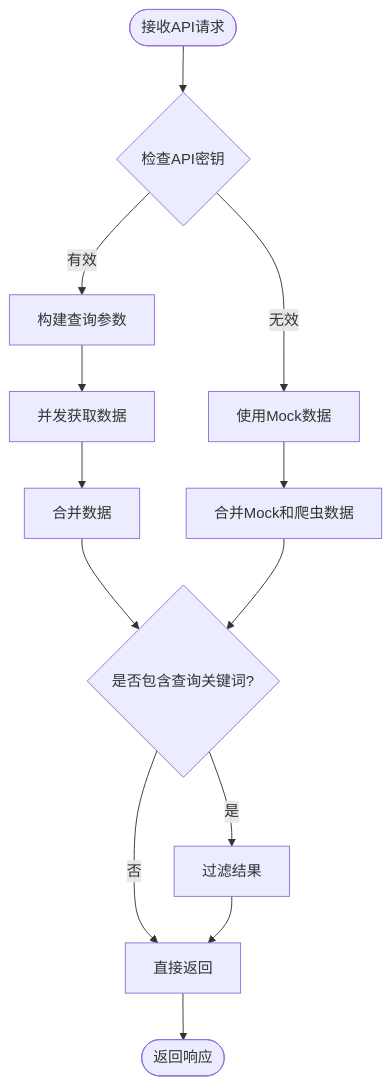
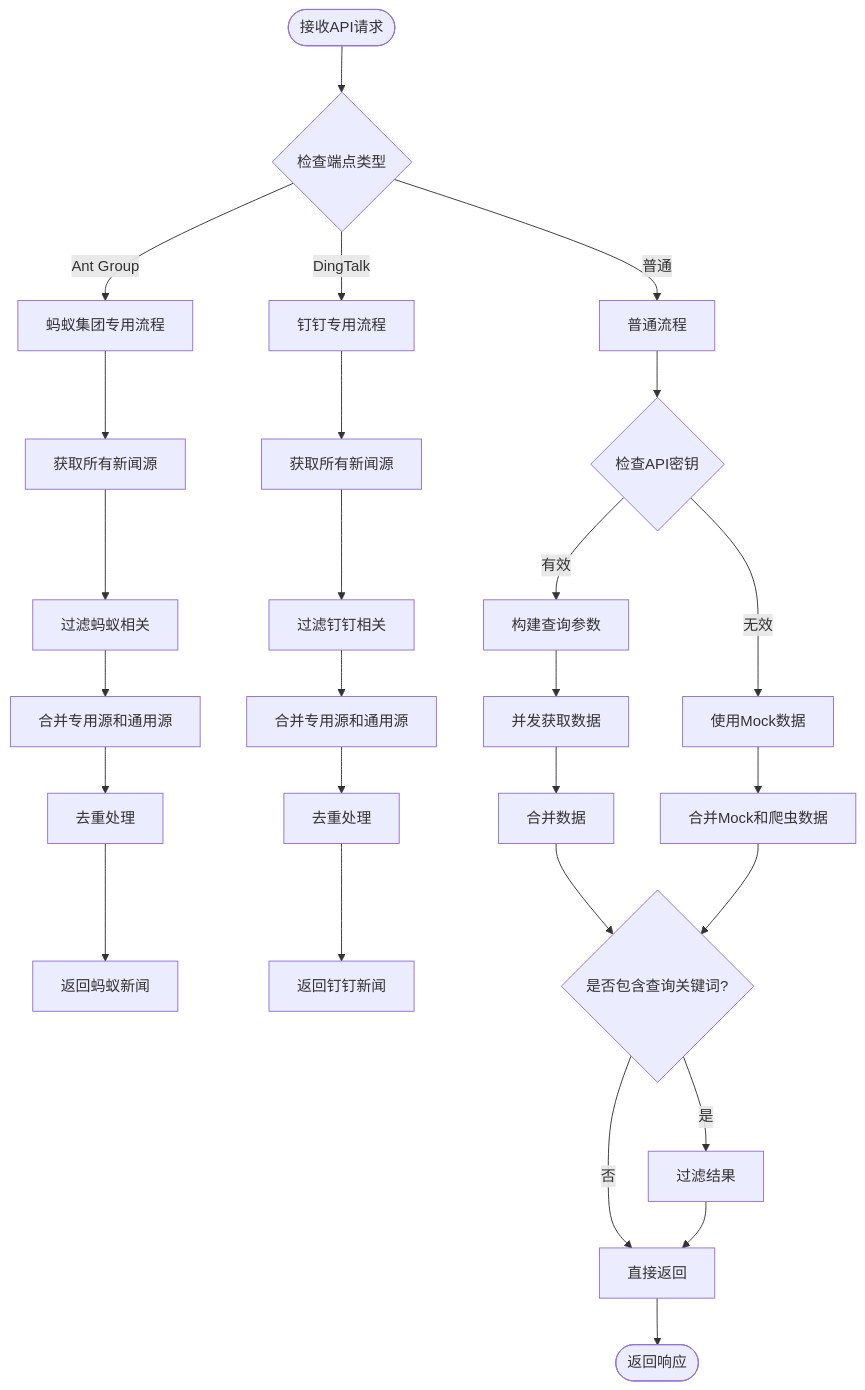
One commit to zuozuoliu740-cmd/xianxiong-news changed diagram 13 of 14 in .qoder/repowiki/zh/content/核心功能模块/新闻数据获取系统.md. Above: the diagram before and after it, drawn with Mermaid. The commit also changed other lines of this file and 11 other files, not shown here.

````diff
--- a/.qoder/repowiki/zh/content/核心功能模块/新闻数据获取系统.md
+++ b/.qoder/repowiki/zh/content/核心功能模块/新闻数据获取系统.md
@@ -367,15 +652,29 @@
 ```mermaid
 flowchart TD
-Start([接收API请求]) --> CheckAPIKey{检查API密钥}
+Start([接收API请求]) --> CheckEndpoint{检查端点类型}
+CheckEndpoint --> |Ant Group| AntFlow["蚂蚁集团专用流程"]
+CheckEndpoint --> |DingTalk| DingFlow["钉钉专用流程"]
+CheckEndpoint --> |普通| NormalFlow["普通流程"]
+AntFlow --> GetSources["获取所有新闻源"]
+GetSources --> FilterAnt["过滤蚂蚁相关"]
+FilterAnt --> MergeAnt["合并专用源和通用源"]
+MergeAnt --> Deduplicate["去重处理"]
+Deduplicate --> ReturnAnt["返回蚂蚁新闻"]
+DingFlow --> GetSources2["获取所有新闻源"]
+GetSources2 --> FilterDing["过滤钉钉相关"]
+FilterDing --> MergeDing["合并专用源和通用源"]
+MergeDing --> Deduplicate2["去重处理"]
+Deduplicate2 --> ReturnDing["返回钉钉新闻"]
+NormalFlow --> CheckAPIKey{检查API密钥}
 CheckAPIKey --> |有效| BuildQuery[构建查询参数]
 CheckAPIKey --> |无效| UseMock[使用Mock数据]
 BuildQuery --> ParallelFetch[并发获取数据]
 ParallelFetch --> MergeData[合并数据]
 UseMock --> MergeMock[合并Mock和爬虫数据]
 MergeData --> FilterQuery{是否包含查询关键词?}
 MergeMock --> FilterQuery
 FilterQuery --> |是| FilterResults[过滤结果]
 FilterQuery --> |否| ReturnResults[直接返回]
 FilterResults --> ReturnResults
 ReturnResults --> End([返回响应])
 ```
````
